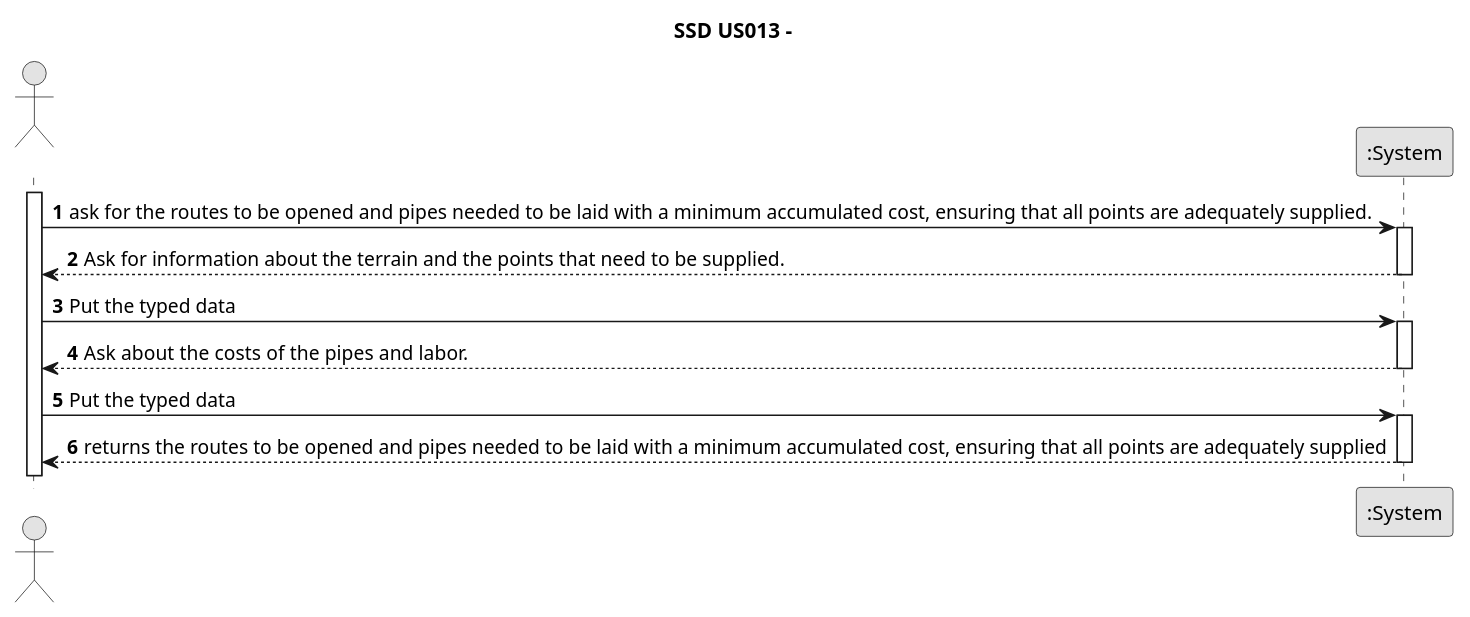
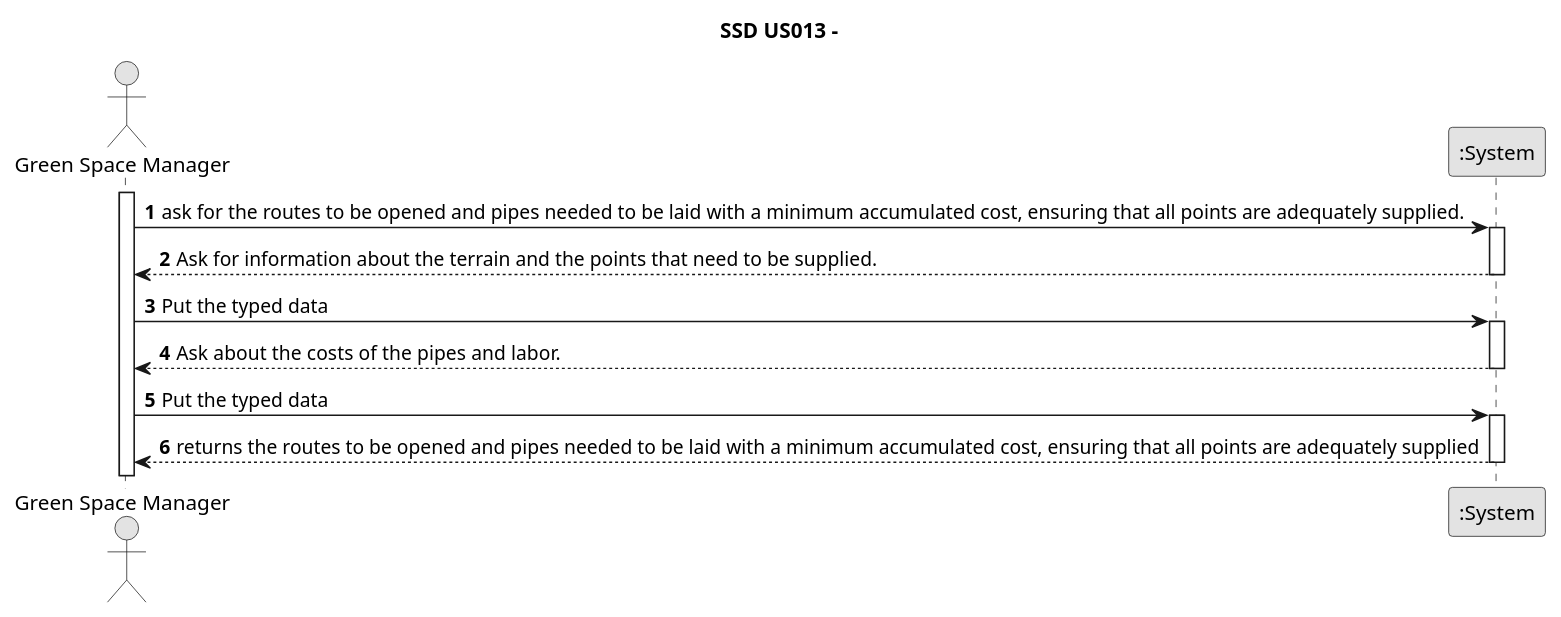
One commit to tiagosoa/lei-24-s2-1dgh-g073 changed the diagram in docs/sprint2/us013/01.requirements-engineering/puml/us013-system-sequence-diagram.puml. Above: the diagram before and after it, drawn with PlantUML. The commit also changed 38 other files, not shown here.

```diff
--- a/docs/sprint2/us013/01.requirements-engineering/puml/us013-system-sequence-diagram.puml
+++ b/docs/sprint2/us013/01.requirements-engineering/puml/us013-system-sequence-diagram.puml
@@ -1,33 +1,33 @@
 @startuml
 skinparam monochrome true
 skinparam packageStyle rectangle
 skinparam shadowing false
 
 title SSD US013 -
 
 autonumber
 
-actor " " as Employee
+actor "Green Space Manager" as Employee
 participant ":System" as System
 
 activate Employee
 
     Employee -> System : ask for the routes to be opened and pipes needed to be laid with a minimum accumulated cost, ensuring that all points are adequately supplied.
     activate System
 
         System --> Employee : Ask for information about the terrain and the points that need to be supplied.
     deactivate System
 
     Employee -> System : Put the typed data
     activate System
 
             System --> Employee : Ask about the costs of the pipes and labor.
     deactivate System
 
     Employee -> System : Put the typed data
     activate System
 
         System --> Employee : returns the routes to be opened and pipes needed to be laid with a minimum accumulated cost, ensuring that all points are adequately supplied
     deactivate System
 
 @enduml
```
